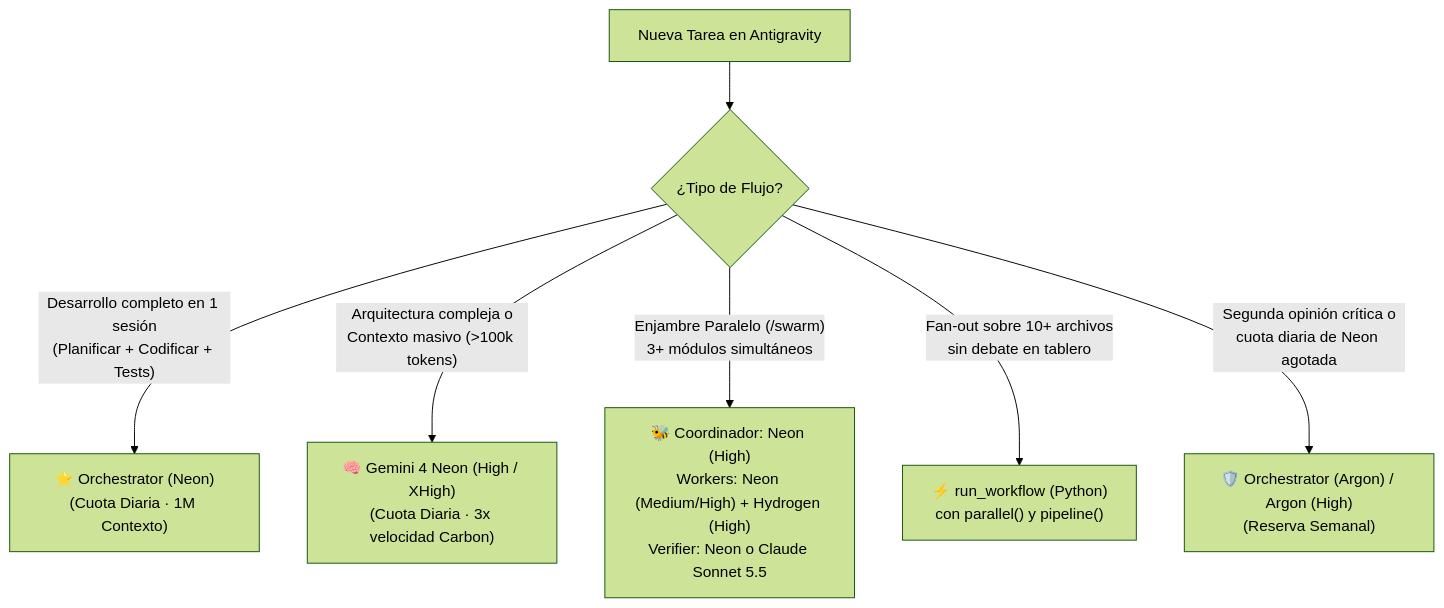
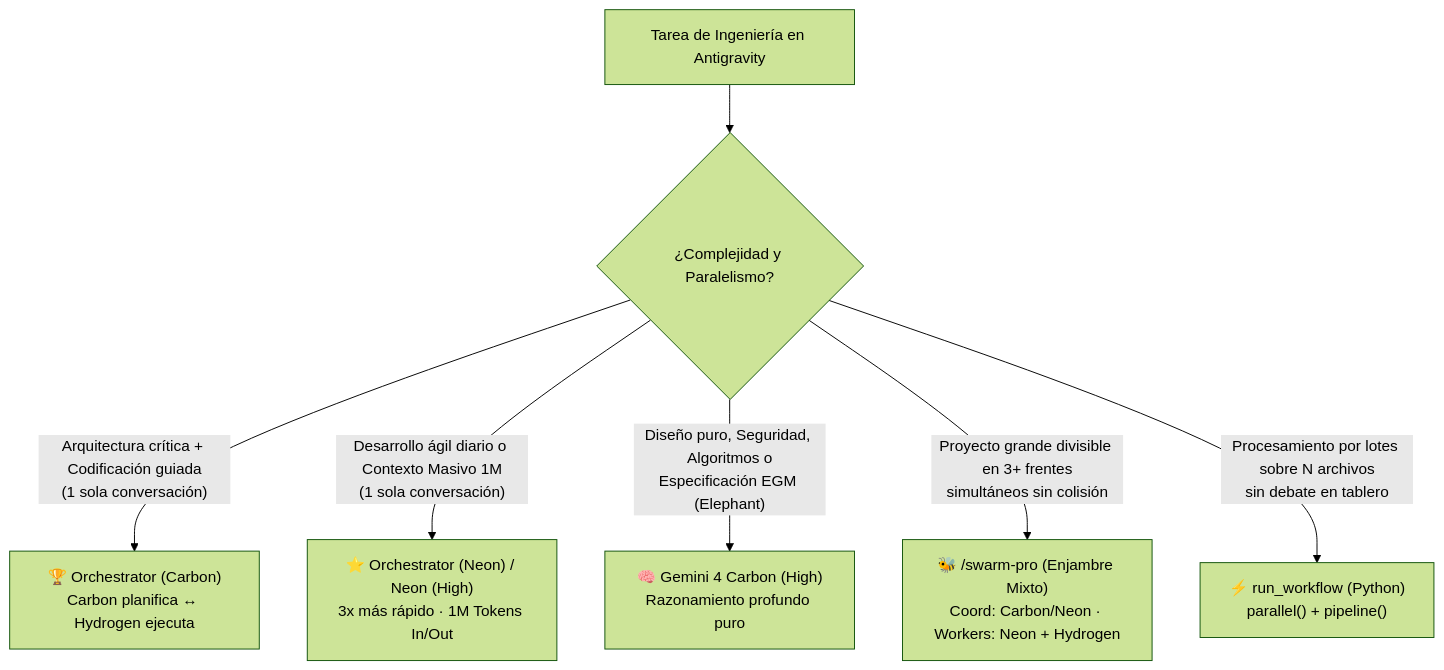
The diagram in .agents/skills/gemini4-orchestrator-swarm/SKILL.md (rogerrcarvajal/antigravity-deep-configuration), drawn with Mermaid (forest theme) before and after one commit. The commit also changed other lines of this file and 12 other files, not shown here.

Commit message:
feat(carbon): integrar Gemini 4 Carbon y Orchestrator (Carbon) completando la triada Carbon-Neon-Hydrogen en Antigravity Pro

````diff
--- a/.agents/skills/gemini4-orchestrator-swarm/SKILL.md
+++ b/.agents/skills/gemini4-orchestrator-swarm/SKILL.md
@@ -39,9 +48,9 @@
 ```mermaid
 flowchart TD
-    A["Nueva Tarea en Antigravity"] --> B{"¿Tipo de Flujo?"}
-    B -->|"Desarrollo completo en 1 sesión<br/>(Planificar + Codificar + Tests)"| C["⭐ Orchestrator (Neon)<br/>(Cuota Diaria · 1M Contexto)"]
-    B -->|"Arquitectura compleja o<br/>Contexto masivo (>100k tokens)"| D["🧠 Gemini 4 Neon (High / XHigh)<br/>(Cuota Diaria · 3x velocidad Carbon)"]
-    B -->|"Enjambre Paralelo (/swarm)<br/>3+ módulos simultáneos"| E["🐝 Coordinador: Neon (High)<br/>Workers: Neon (Medium/High) + Hydrogen (High)<br/>Verifier: Neon o Claude Sonnet 5.5"]
-    B -->|"Fan-out sobre 10+ archivos<br/>sin debate en tablero"| F["⚡ run_workflow (Python)<br/>con parallel() y pipeline()"]
-    B -->|"Segunda opinión crítica o<br/>cuota diaria de Neon agotada"| G["🛡️ Orchestrator (Argon) / Argon (High)<br/>(Reserva Semanal)"]
+    A["Tarea de Ingeniería en Antigravity"] --> B{"¿Complejidad y Paralelismo?"}
+    B -->|"Arquitectura crítica + Codificación guiada<br/>(1 sola conversación)"| C["🏆 Orchestrator (Carbon)<br/>Carbon planifica ↔ Hydrogen ejecuta"]
+    B -->|"Desarrollo ágil diario o Contexto Masivo 1M<br/>(1 sola conversación)"| D["⭐ Orchestrator (Neon) / Neon (High)<br/>3x más rápido · 1M Tokens In/Out"]
+    B -->|"Diseño puro, Seguridad, Algoritmos o<br/>Especificación EGM (Elephant)"| E["🧠 Gemini 4 Carbon (High)<br/>Razonamiento profundo puro"]
+    B -->|"Proyecto grande divisible en 3+ frentes<br/>simultáneos sin colisión"| F["🐝 /swarm-pro (Enjambre Mixto)<br/>Coord: Carbon/Neon · Workers: Neon + Hydrogen"]
+    B -->|"Procesamiento por lotes sobre N archivos<br/>sin debate en tablero"| G["⚡ run_workflow (Python)<br/>parallel() + pipeline()"]
 ```
````
